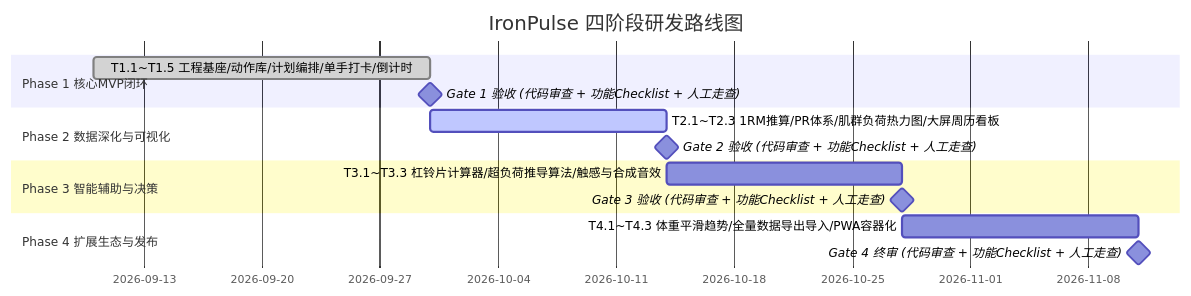
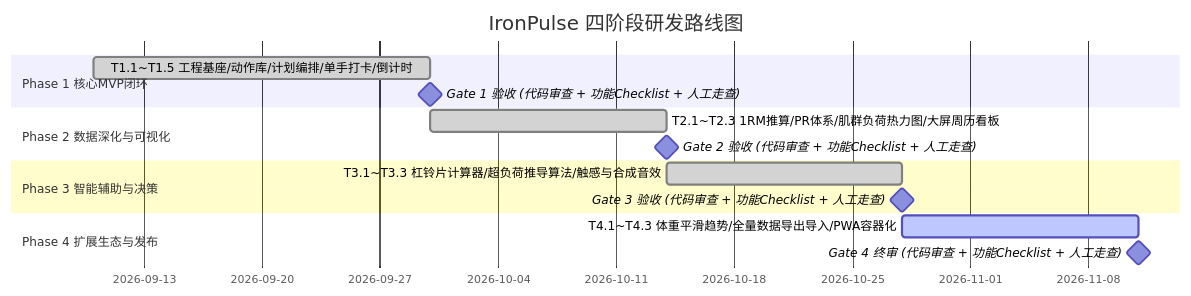
The diagram in docs/rd_tracking_plan.md (couuas/ironpulse), drawn with Mermaid before and after one commit. The commit also changed other lines of this file and 9 other files, not shown here.

````diff
--- a/docs/rd_tracking_plan.md
+++ b/docs/rd_tracking_plan.md
@@ -20,17 +20,17 @@
 ```mermaid
 gantt
     title IronPulse 四阶段研发路线图
     dateFormat  YYYY-MM-DD
     section Phase 1 核心MVP闭环
     T1.1~T1.5 工程基座/动作库/计划编排/单手打卡/倒计时 :done, p1, 2026-09-10, 20d
     Gate 1 验收 (代码审查 + 功能Checklist + 人工走查)    :milestone, m1, after p1, 0d
     section Phase 2 数据深化与可视化
-    T2.1~T2.3 1RM推算/PR体系/肌群负荷热力图/大屏周历看板  :active, p2, after m1, 14d
+    T2.1~T2.3 1RM推算/PR体系/肌群负荷热力图/大屏周历看板  :done, p2, after m1, 14d
     Gate 2 验收 (代码审查 + 功能Checklist + 人工走查)    :milestone, m2, after p2, 0d
     section Phase 3 智能辅助与决策
-    T3.1~T3.3 杠铃片计算器/超负荷推导算法/触感与合成音效  : p3, after m2, 14d
+    T3.1~T3.3 杠铃片计算器/超负荷推导算法/触感与合成音效  :done, p3, after m2, 14d
     Gate 3 验收 (代码审查 + 功能Checklist + 人工走查)    :milestone, m3, after p3, 0d
     section Phase 4 扩展生态与发布
-    T4.1~T4.3 体重平滑趋势/全量数据导出导入/PWA容器化    : p4, after m3, 14d
+    T4.1~T4.3 体重平滑趋势/全量数据导出导入/PWA容器化    :active, p4, after m3, 14d
     Gate 4 终审 (代码审查 + 功能Checklist + 人工走查)    :milestone, m4, after p4, 0d
 ```
````
